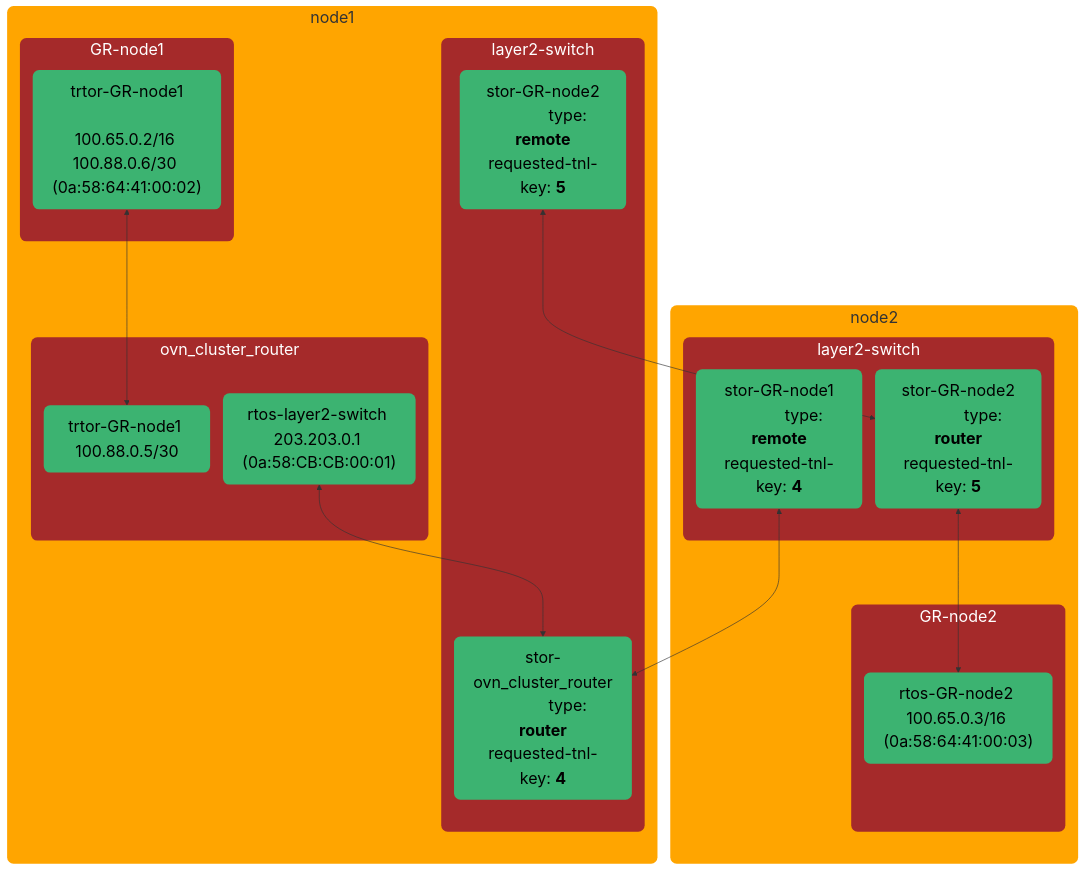
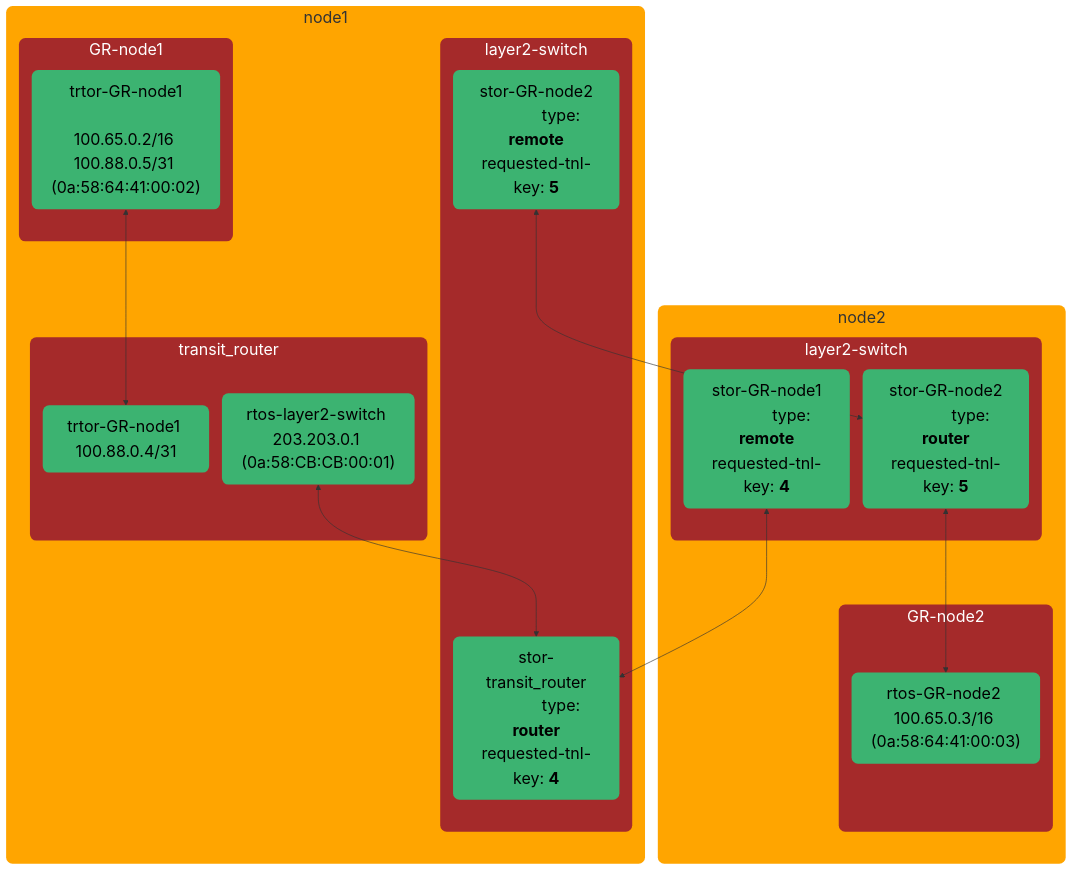
Before and after one commit to ovn-kubernetes/ovn-kubernetes: the seventh of 8 diagrams in docs/okeps/okep-5094-layer2-transit-router.md, drawn with Mermaid. The commit also changed other lines of this file, not shown here.

First line of the commit message:
Rename ovn_cluster_router to transit_router

````diff
--- a/docs/okeps/okep-5094-layer2-transit-router.md
+++ b/docs/okeps/okep-5094-layer2-transit-router.md
@@ -623,63 +608,63 @@
 ```mermaid
 %%{init: {"nodeSpacing": 20, "rankSpacing": 100}}%%
 flowchart TD
     classDef nodeStyle fill:orange,stroke:none,rx:10px,ry:10px,font-size:25px;
     classDef vmStyle fill:blue,stroke:none,color:white,rx:10px,ry:10px,font-size:25px;
     classDef portStyle fill:#3CB371,color:black,stroke:none,rx:10px,ry:10px,font-size:25px;
     classDef routerStyle fill:brown,color:white,stroke:none,rx:10px,ry:10px,font-size:25px;
     classDef switchStyle fill:brown,color:white,stroke:none,rx:10px,ry:10px,font-size:25px;
     classDef termStyle font-family:monospace,fill:black,stroke:none,color:white;
     subgraph node2
         subgraph GR-node2
             rtos-GR-node2["rtos-GR-node2 100.65.0.3/16 (0a:58:64:41:00:03)"]
         end
         subgraph layer2-switch_node2["layer2-switch"]
             stor-GR-node1["stor-GR-node1
             type: <b>remote</b><br>requested-tnl-key: <b>4</b>"]
             stor-GR-node2["stor-GR-node2
             type: <b>router</b><br>requested-tnl-key: <b>5</b>"]
         end
     end
     subgraph node1["node1"]
         subgraph GR-node1
             rtotr-GR-node1["trtor-GR-node1
-            100.65.0.2/16 100.88.0.6/30 (0a:58:64:41:00:02)"]
+            100.65.0.2/16 100.88.0.5/31 (0a:58:64:41:00:02)"]
         end
-        subgraph ovn_cluster_router_node1["ovn_cluster_router "]
-            trtor-GR-node1["trtor-GR-node1 100.88.0.5/30"]
+        subgraph transit_router_node1["transit_router "]
+            trtor-GR-node1["trtor-GR-node1 100.88.0.4/31"]
             rtos-layer2-switch["rtos-layer2-switch 203.203.0.1 (0a:58:CB:CB:00:01)"]
         end
         subgraph layer2-switch_node1["layer2-switch"]
-            stor-ovn_cluster_router["stor-ovn_cluster_router
+            stor-transit_router["stor-transit_router
             type: <b>router</b><br>requested-tnl-key: <b>4</b>"]
             stor-GR-node1-node2["stor-GR-node2
             type: <b>remote</b><br>requested-tnl-key: <b>5</b>"]
         end
     end
 
 
 
     rtotr-GR-node1 <--> trtor-GR-node1
-    rtos-layer2-switch <--> stor-ovn_cluster_router
-    stor-GR-node1 <--> stor-ovn_cluster_router
+    rtos-layer2-switch <--> stor-transit_router
+    stor-GR-node1 <--> stor-transit_router
     stor-GR-node2 <--> rtos-GR-node2
     stor-GR-node1-node2 <--> stor-GR-node2
 
     class VM vmStyle;
     class rtotr-GR-node1 portStyle;
     class rtos-GR-node2 portStyle;
     class stor-GR-node2 portStyle;
     class stor-GR-node1-node2 portStyle;
     class stor-GR-node1 portStyle;
     class trtor-GR-node1 portStyle;
     class trtor-GR-node2 portStyle;
-    class stor-ovn_cluster_router portStyle;
+    class stor-transit_router portStyle;
     class rtos-layer2-switch portStyle;
     class GR-node1 routerStyle;
     class GR-node2 routerStyle;
-    class ovn_cluster_router_node1 routerStyle;
+    class transit_router_node1 routerStyle;
     class layer2-switch_node1 switchStyle;
     class layer2-switch_node2 switchStyle;
     class term termStyle;
     class node1,node2 nodeStyle;
 ```
````
